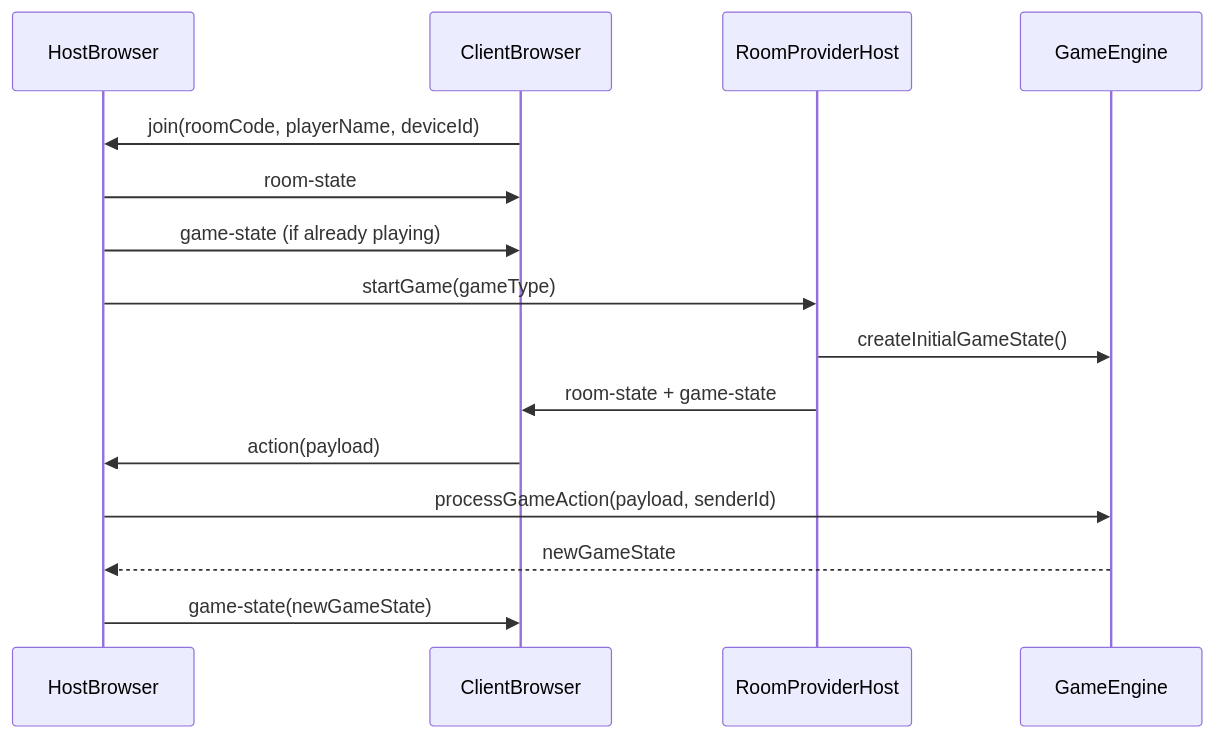
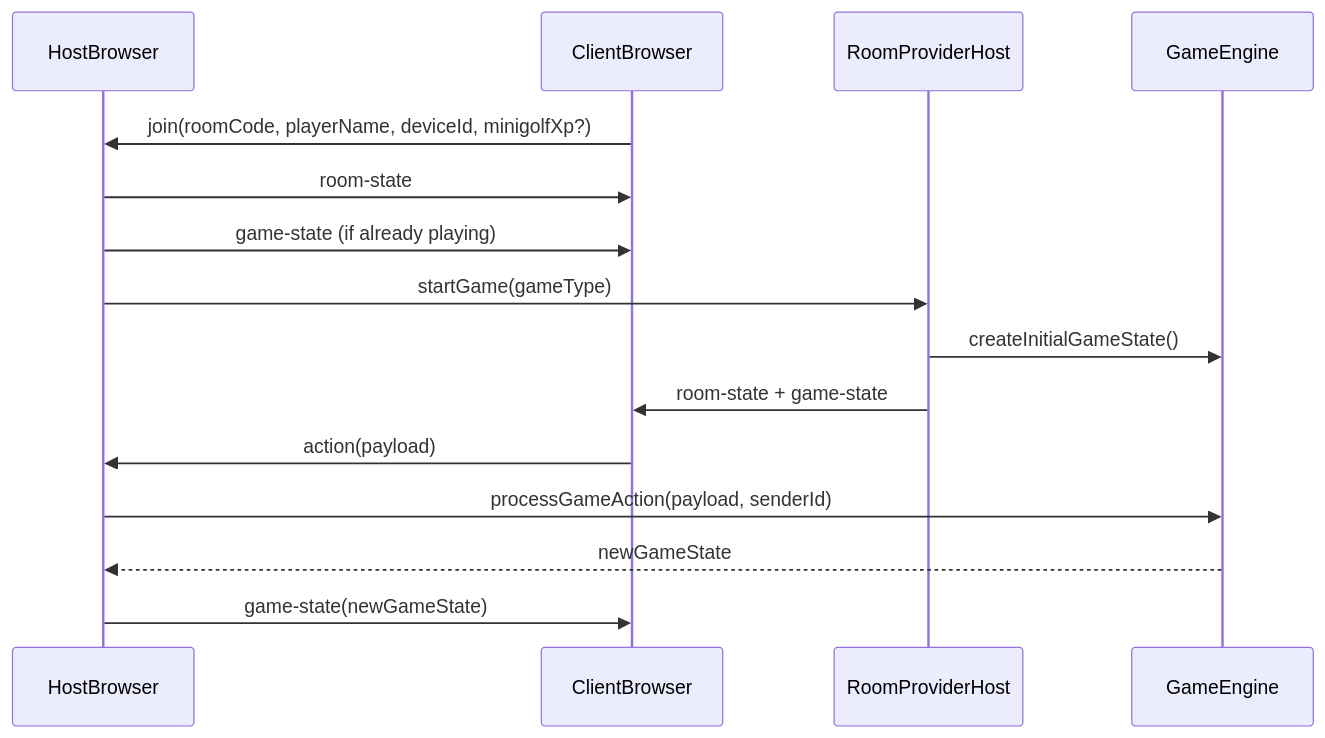
One commit to cwarje/cwarje.github.io changed the second of 2 diagrams in README.md. Above: the diagram before and after it, drawn with Mermaid. The commit also changed other lines of this file, not shown here.

````diff
--- a/README.md
+++ b/README.md
@@ -66,18 +66,18 @@
 ```mermaid
 sequenceDiagram
   participant host as HostBrowser
   participant client as ClientBrowser
   participant room as RoomProviderHost
   participant engine as GameEngine
 
-  client->>host: join(roomCode, playerName, deviceId)
+  client->>host: join(roomCode, playerName, deviceId, minigolfXp?)
   host->>client: room-state
   host->>client: game-state (if already playing)
   host->>room: startGame(gameType)
   room->>engine: createInitialGameState()
   room->>client: room-state + game-state
   client->>host: action(payload)
   host->>engine: processGameAction(payload, senderId)
   engine-->>host: newGameState
   host->>client: game-state(newGameState)
 ```
````
